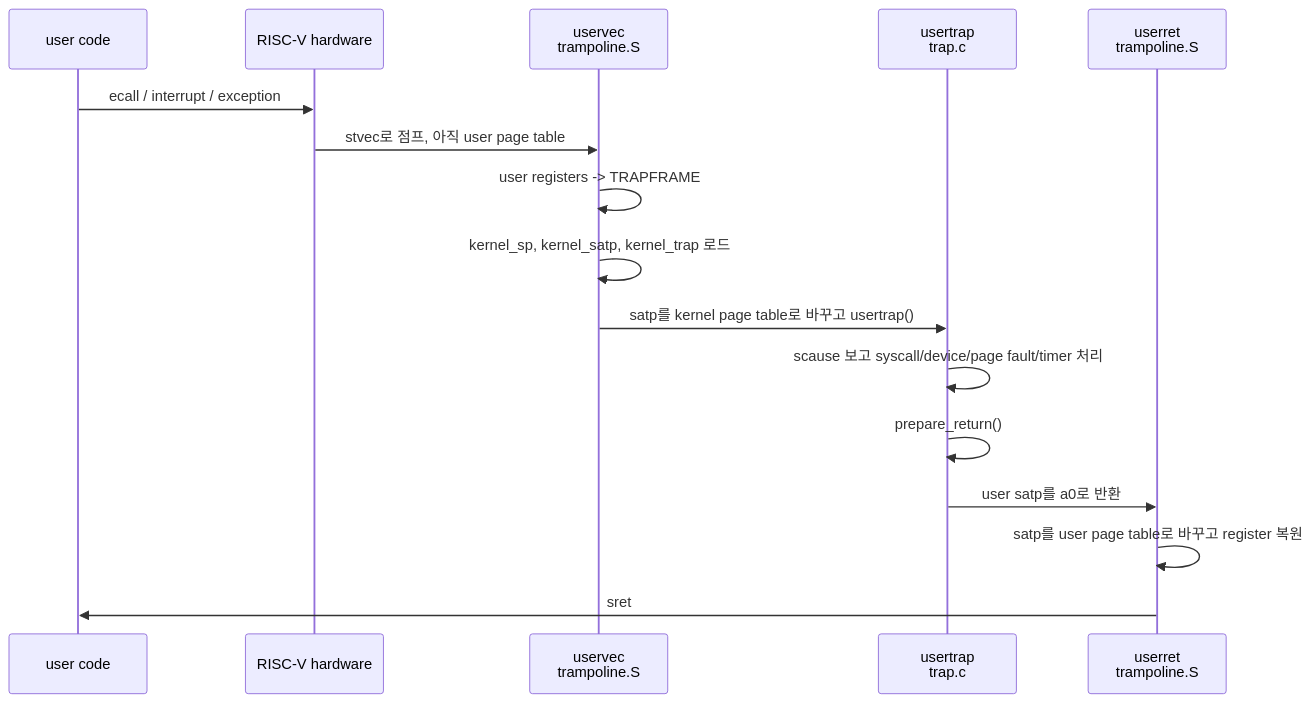
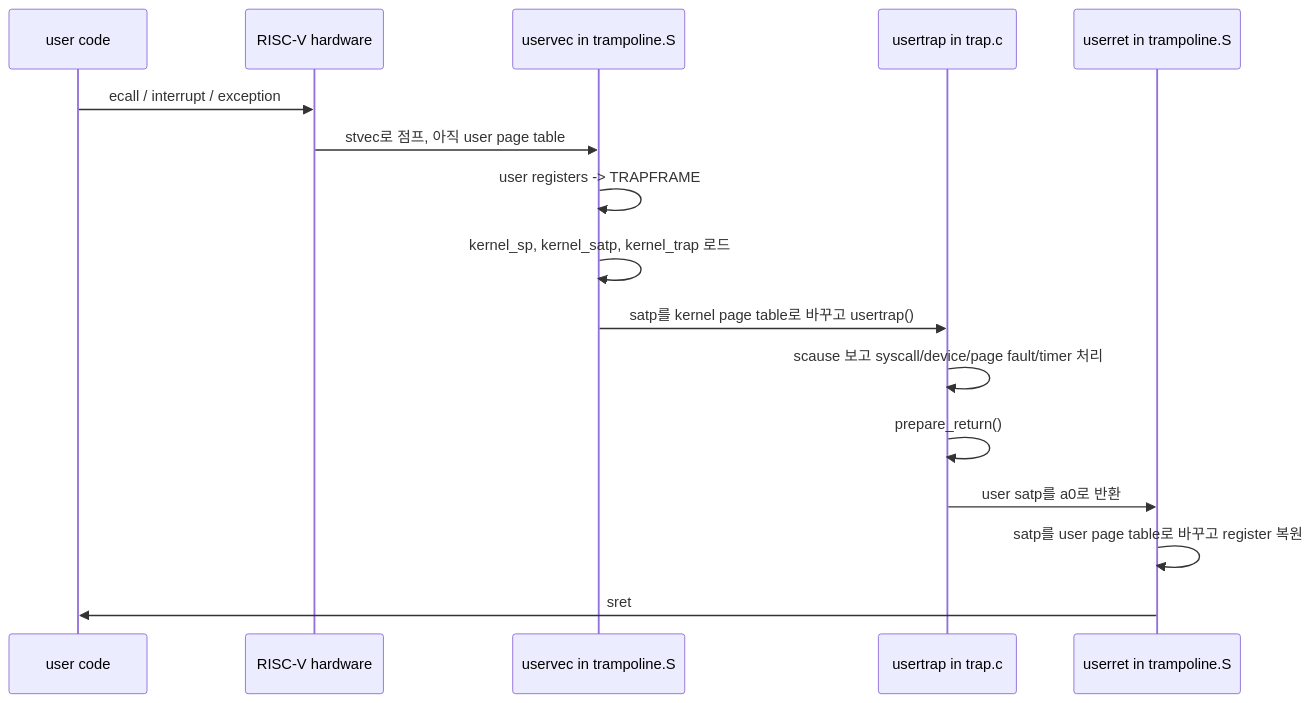
One commit to YangSiJun528/xv6-riscv-study changed the third of 5 diagrams in docs/ai/018_xv6_1-17_overview_20260527.md. Above: the diagram before and after it, drawn with Mermaid. The commit also changed other lines of this file, not shown here.

Commit message:
docs: fix xv6 overview mermaid labels

````diff
--- a/docs/ai/018_xv6_1-17_overview_20260527.md
+++ b/docs/ai/018_xv6_1-17_overview_20260527.md
@@ -295,19 +306,19 @@
 ```mermaid
 sequenceDiagram
   participant U as user code
   participant HW as RISC-V hardware
-  participant V as uservec<br/>trampoline.S
-  participant K as usertrap<br/>trap.c
-  participant R as userret<br/>trampoline.S
+  participant V as uservec in trampoline.S
+  participant K as usertrap in trap.c
+  participant R as userret in trampoline.S
 
   U->>HW: ecall / interrupt / exception
   HW->>V: stvec로 점프, 아직 user page table
   V->>V: user registers -> TRAPFRAME
   V->>V: kernel_sp, kernel_satp, kernel_trap 로드
   V->>K: satp를 kernel page table로 바꾸고 usertrap()
   K->>K: scause 보고 syscall/device/page fault/timer 처리
   K->>K: prepare_return()
   K->>R: user satp를 a0로 반환
   R->>R: satp를 user page table로 바꾸고 register 복원
   R->>U: sret
 ```
````
